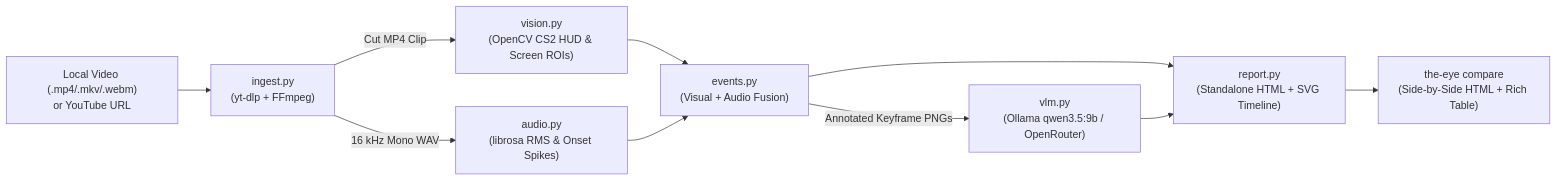
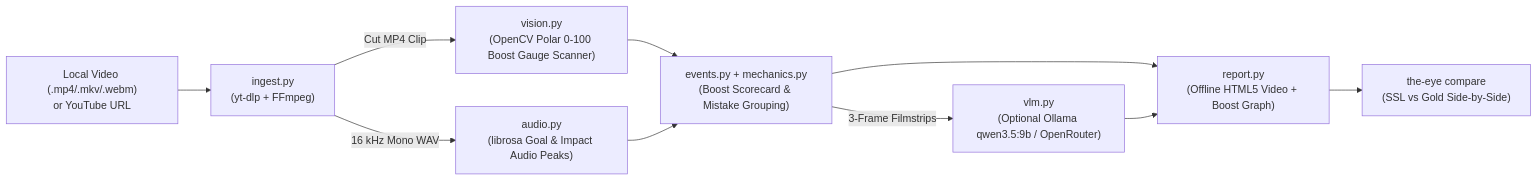
Before and after one commit to Alonlevy01/The-Eye: the diagram in README.md, drawn with Mermaid. The commit also changed other lines of this file and 14 other files, not shown here.

Commit message:
Switch The-Eye to 5-fps Rocket League Boost Analyzer with polar 0-100 gauge scanner, BPM, click-to-scrub boost graph, and SSL vs Gold comparison

````diff
--- a/README.md
+++ b/README.md
@@ -9,12 +9,12 @@
 ```mermaid
 flowchart LR
     Input["Local Video (.mp4/.mkv/.webm)<br/>or YouTube URL"] --> Ingest["ingest.py<br/>(yt-dlp + FFmpeg)"]
-    Ingest -->|"Cut MP4 Clip"| CV["vision.py<br/>(OpenCV CS2 HUD & Screen ROIs)"]
-    Ingest -->|"16 kHz Mono WAV"| Audio["audio.py<br/>(librosa RMS & Onset Spikes)"]
-    CV --> Fuse["events.py<br/>(Visual + Audio Fusion)"]
+    Ingest -->|"Cut MP4 Clip"| CV["vision.py<br/>(OpenCV Polar 0-100 Boost Gauge Scanner)"]
+    Ingest -->|"16 kHz Mono WAV"| Audio["audio.py<br/>(librosa Goal & Impact Audio Peaks)"]
+    CV --> Fuse["events.py + mechanics.py<br/>(Boost Scorecard & Mistake Grouping)"]
     Audio --> Fuse
-    Fuse -->|"Annotated Keyframe PNGs"| VLM["vlm.py<br/>(Ollama qwen3.5:9b / OpenRouter)"]
-    Fuse --> Report["report.py<br/>(Standalone HTML + SVG Timeline)"]
+    Fuse -->|"3-Frame Filmstrips"| VLM["vlm.py<br/>(Optional Ollama qwen3.5:9b / OpenRouter)"]
+    Fuse --> Report["report.py<br/>(Offline HTML5 Video + Boost Graph)"]
     VLM --> Report
-    Report --> Compare["the-eye compare<br/>(Side-by-Side HTML + Rich Table)"]
+    Report --> Compare["the-eye compare<br/>(SSL vs Gold Side-by-Side)"]
 ```
````
